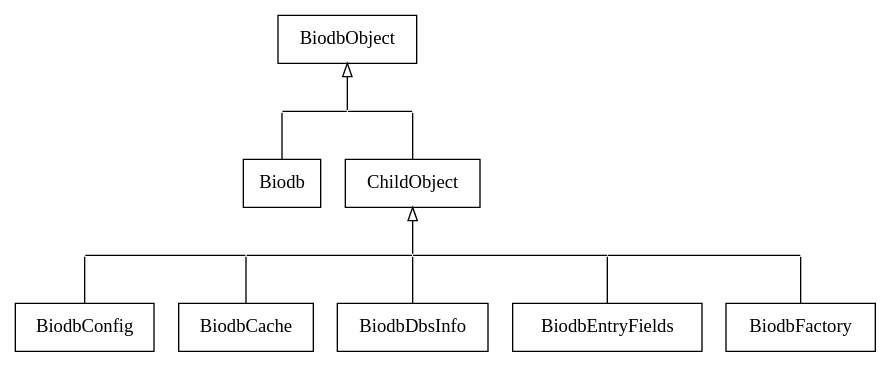
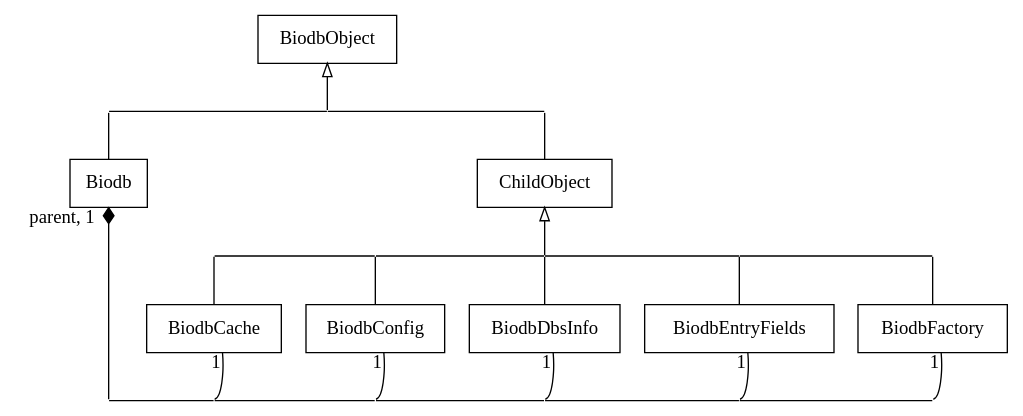
The diagram in vignettes/uml-class-diag.dot (ceabiodb/biodb), drawn with Graphviz before and after one commit.

Commit message:
Get association Biodb->children correct in Graphviz, with straight lines.

```diff
--- a/vignettes/uml-class-diag.dot
+++ b/vignettes/uml-class-diag.dot
@@ -1,56 +1,84 @@
 digraph biodb_uml_class_diag {
 
 	edge [dir = back, arrowtail = none]
 
 	BiodbObject [shape = box, group = BiodbObject]
 
 	subgraph BiodbObjectChildrenPoints {
 		rank = same
 		BiodbChildObjectMiddlePoint [shape = point, fixedsize = true, height = 0, width = 0, group = BiodbObject]
 		ChildObjectPoint [shape = point, fixedsize = true, height = 0, width = 0, group = ChildObject]
 		BiodbPoint [shape = point, fixedsize = true, height = 0, width = 0, group = Biodb]
 	}
 
 	subgraph BiodbObjectChildren {
 		rank = same
 		ChildObject [shape = box, group = ChildObject]
 		Biodb [shape = box, group = Biodb]
 	}
 
 	BiodbObject -> BiodbChildObjectMiddlePoint [arrowtail = empty]
 	BiodbPoint -> BiodbChildObjectMiddlePoint
 	BiodbChildObjectMiddlePoint -> ChildObjectPoint
 	BiodbPoint -> Biodb
 	ChildObjectPoint -> ChildObject
 
 	subgraph ChildObjectChildrenPoints {
 		rank = same
 //		ChildObjectChildrenMiddlePoint [shape = point, fixedsize = true, height = 0, width = 0, group = BiodbObject]
 		BiodbCacheChildPoint [shape = point, fixedsize = true, height = 0, width = 0, group = BiodbCache]
 		BiodbConfigChildPoint [shape = point, fixedsize = true, height = 0, width = 0, group = BiodbConfig]
-		BiodbDbsInfoChildPoint [shape = point, fixedsize = true, height = 0, width = 0, group = BiodbDbsInfo]
+		BiodbDbsInfoChildPoint [shape = point, fixedsize = true, height = 0, width = 0, group = ChildObject]
 		BiodbEntryFieldsChildPoint [shape = point, fixedsize = true, height = 0, width = 0, group = BiodbEntryFields]
 		BiodbFactoryChildPoint [shape = point, fixedsize = true, height = 0, width = 0, group = BiodbFactory]
 	}
 
 	subgraph ChildObjectChildren {
 		rank = same
 		BiodbCache [shape = box, group = BiodbCache]
 		BiodbConfig [shape = box, group = BiodbConfig]
-		BiodbDbsInfo [shape = box, group = BiodbDbsInfo]
+		BiodbDbsInfo [shape = box, group = ChildObject]
 		BiodbEntryFields [shape = box, group = BiodbEntryFields]
 		BiodbFactory [shape = box, group = BiodbFactory]
 	}
 
 	ChildObject -> BiodbDbsInfoChildPoint [arrowtail = empty]
-	BiodbConfigChildPoint -> BiodbCacheChildPoint
-	BiodbCacheChildPoint -> BiodbDbsInfoChildPoint
+	BiodbCacheChildPoint -> BiodbConfigChildPoint
+	BiodbConfigChildPoint -> BiodbDbsInfoChildPoint
 	BiodbDbsInfoChildPoint -> BiodbEntryFieldsChildPoint
 	BiodbEntryFieldsChildPoint -> BiodbFactoryChildPoint
 	BiodbCacheChildPoint -> BiodbCache
 	BiodbConfigChildPoint -> BiodbConfig
 	BiodbDbsInfoChildPoint -> BiodbDbsInfo
 	BiodbEntryFieldsChildPoint -> BiodbEntryFields
 	BiodbFactoryChildPoint -> BiodbFactory
 
+	// Biodb associations
+
+	subgraph BiodbAssoc {
+		rank = same
+		BiodbAssocMiddlePoint [shape = point, fixedsize = true, height = 0, width = 0, group = Biodb]
+		BiodbCacheAssocPoint [shape = point, fixedsize = true, height = 0, width = 0, group = BiodbCache]
+		BiodbConfigAssocPoint [shape = point, fixedsize = true, height = 0, width = 0, group = BiodbConfig]
+		BiodbDbsInfoAssocPoint [shape = point, fixedsize = true, height = 0, width = 0, group = ChildObject]
+		BiodbEntryFieldsAssocPoint [shape = point, fixedsize = true, height = 0, width = 0, group = BiodbEntryFields]
+		BiodbFactoryAssocPoint [shape = point, fixedsize = true, height = 0, width = 0, group = BiodbFactory]
+	}
+
+	 {edge[style=invis]
+		     {BiodbCache BiodbConfig BiodbDbsInfo BiodbEntryFields BiodbFactory} -> {BiodbConfigAssocPoint BiodbCacheAssocPoint BiodbDbsInfoAssocPoint BiodbEntryFieldsAssocPoint BiodbFactoryAssocPoint}
+		       }
+
+	Biodb -> BiodbAssocMiddlePoint [arrowtail = diamond, taillabel = "parent, 1 "]
+	BiodbCache -> BiodbCacheAssocPoint [taillabel = "1"]
+	BiodbConfig -> BiodbConfigAssocPoint [taillabel = "1"]
+	BiodbDbsInfo -> BiodbDbsInfoAssocPoint [taillabel = "1"]
+	BiodbEntryFields -> BiodbEntryFieldsAssocPoint [taillabel = "1"]
+	BiodbFactory -> BiodbFactoryAssocPoint [taillabel = "1"]
+
+	BiodbAssocMiddlePoint -> BiodbCacheAssocPoint
+	BiodbCacheAssocPoint -> BiodbConfigAssocPoint
+	BiodbConfigAssocPoint -> BiodbDbsInfoAssocPoint
+	BiodbDbsInfoAssocPoint -> BiodbEntryFieldsAssocPoint
+	BiodbEntryFieldsAssocPoint -> BiodbFactoryAssocPoint
 }
```
